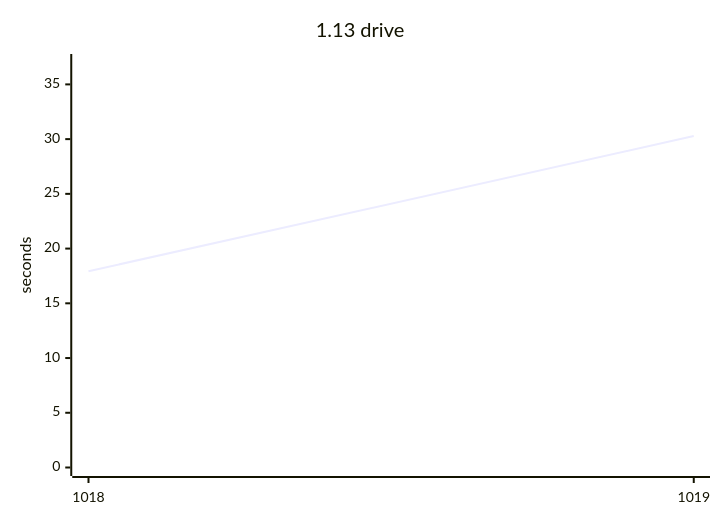
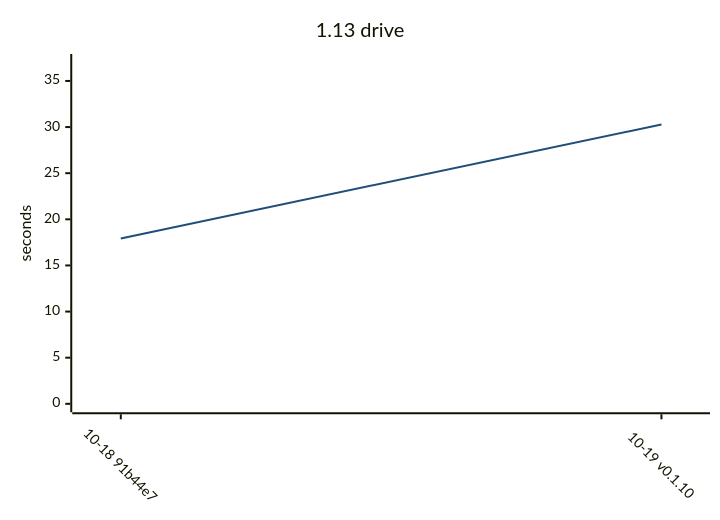
Before and after one commit to yamanori99/DistSSHRun.jl: the third of 9 diagrams in README.md, drawn with Mermaid. The commit also changed other lines of this file and 1 other file, not shown here.

````diff
--- a/README.md
+++ b/README.md
@@ -70,7 +91,17 @@
 ```mermaid
+---
+config:
+  theme: base
+  themeVariables:
+    xyChart:
+      plotColorPalette: "#1f4e79"
+  xyChart:
+    xAxis:
+      labelRotation: 45
+---
 xychart-beta
     title "1.13 drive"
-    x-axis ["1018", "1019"]
+    x-axis ["10-18 91b44e7", "10-19 v0.1.10"]
     y-axis "seconds" 0 --> 37
     line [17.93, 30.28]
 ```
````
